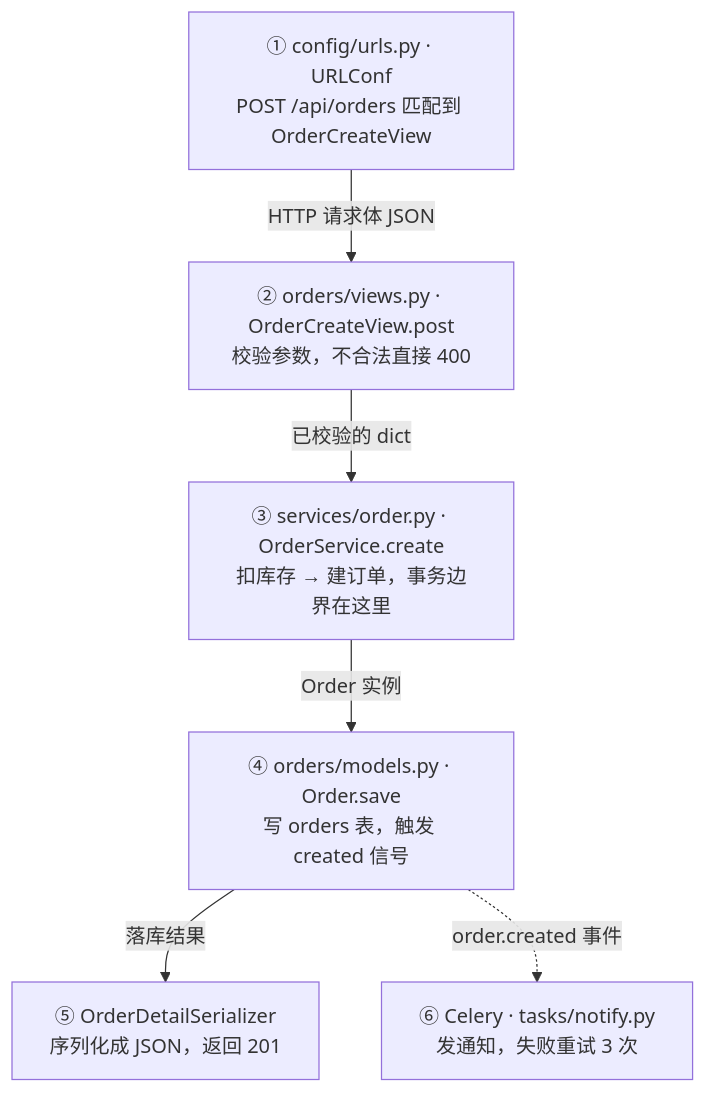
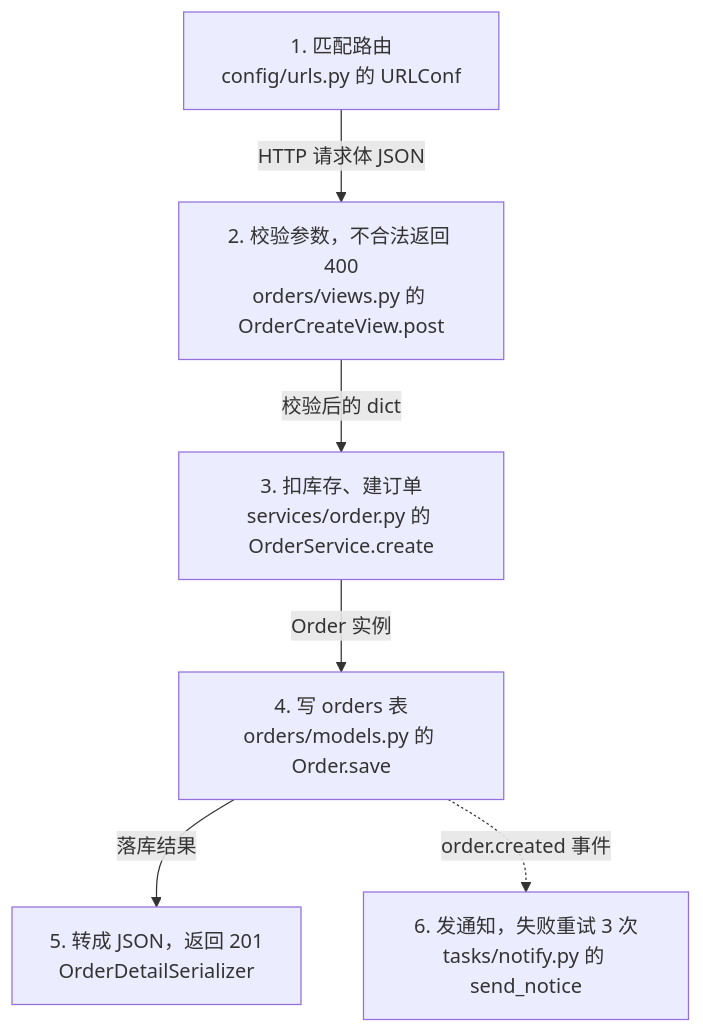
The diagram in skills/code-reading-branch/examples/READING.sample.md (kkmilet/code-reading-branch), drawn with Mermaid before and after one commit. The commit also changed other lines of this file and 10 other files, not shown here.

````diff
--- a/skills/code-reading-branch/examples/READING.sample.md
+++ b/skills/code-reading-branch/examples/READING.sample.md
@@ -51,8 +51,8 @@
 ```mermaid
 flowchart TD
-    A["① config/urls.py · URLConf<br/>POST /api/orders 匹配到 OrderCreateView"] -->|HTTP 请求体 JSON| B["② orders/views.py · OrderCreateView.post<br/>校验参数，不合法直接 400"]
-    B -->|已校验的 dict| C["③ services/order.py · OrderService.create<br/>扣库存 → 建订单，事务边界在这里"]
-    C -->|Order 实例| D["④ orders/models.py · Order.save<br/>写 orders 表，触发 created 信号"]
-    D -->|落库结果| E["⑤ OrderDetailSerializer<br/>序列化成 JSON，返回 201"]
-    D -.->|order.created 事件| F["⑥ Celery · tasks/notify.py<br/>发通知，失败重试 3 次"]
+    A["1. 匹配路由<br/>config/urls.py 的 URLConf"] -->|HTTP 请求体 JSON| B["2. 校验参数，不合法返回 400<br/>orders/views.py 的 OrderCreateView.post"]
+    B -->|校验后的 dict| C["3. 扣库存、建订单<br/>services/order.py 的 OrderService.create"]
+    C -->|Order 实例| D["4. 写 orders 表<br/>orders/models.py 的 Order.save"]
+    D -->|落库结果| E["5. 转成 JSON，返回 201<br/>OrderDetailSerializer"]
+    D -.->|order.created 事件| F["6. 发通知，失败重试 3 次<br/>tasks/notify.py 的 send_notice"]
 ```
````
